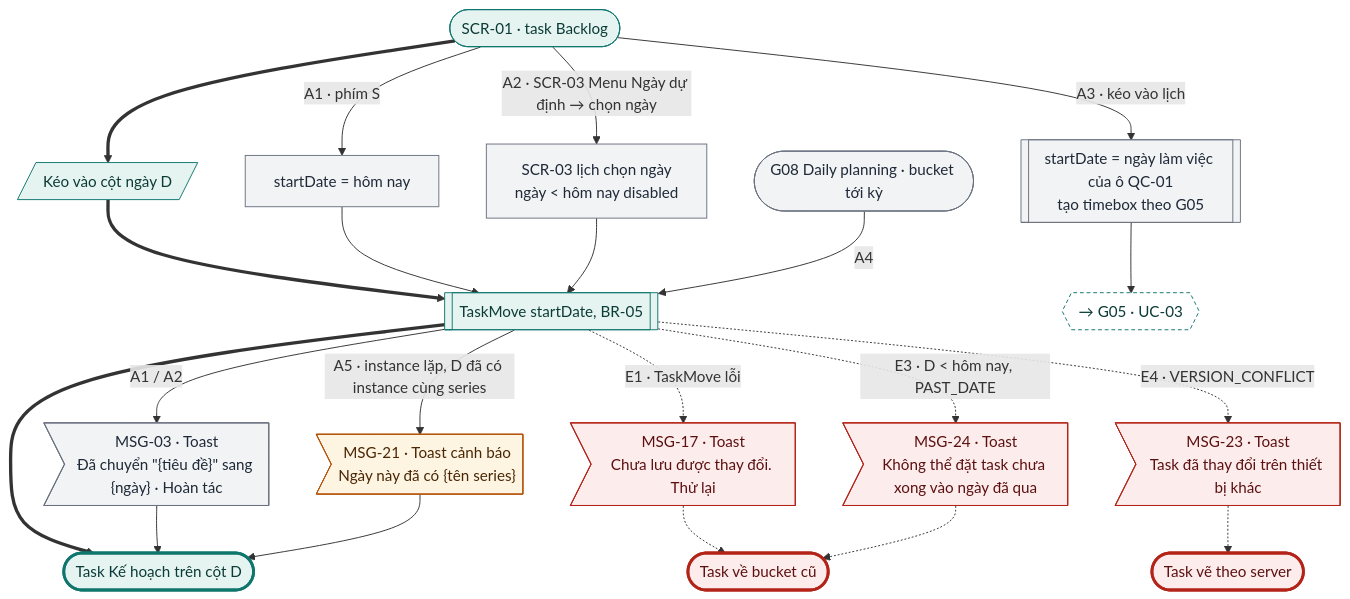
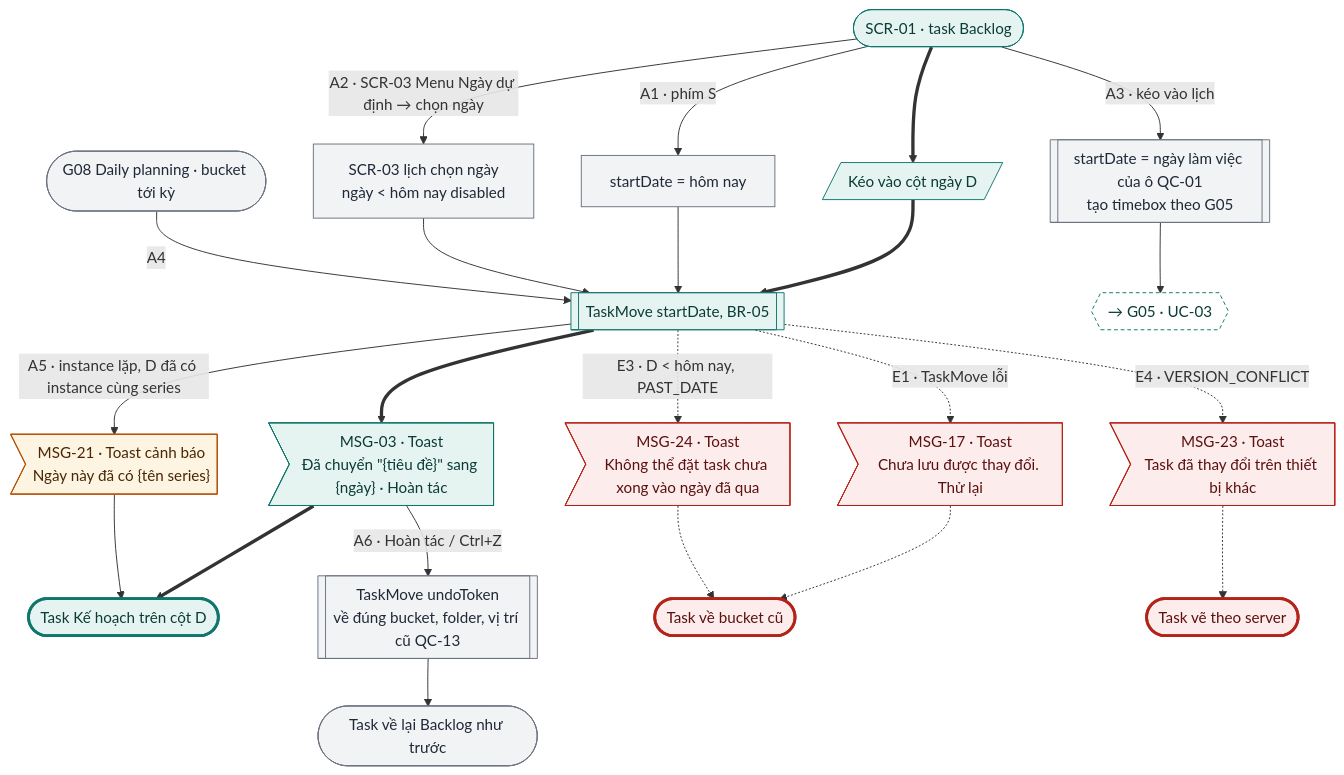
Before and after one commit to tannguyenho/personal-app: the eighth of 18 diagrams in docs/design-brief/flow/g06-backlog-rollover.md, drawn with Mermaid. The commit also changed other lines of this file and 5 other files, not shown here.

First line of the commit message:
docs(G03, G06): áp quyết định PO 09/11 vào SRS, PRD, flow

````diff
--- a/docs/design-brief/flow/g06-backlog-rollover.md
+++ b/docs/design-brief/flow/g06-backlog-rollover.md
@@ -297,44 +301,45 @@
 ```mermaid
 flowchart TD
   start(["SCR-01 · task Backlog"])
   u1[/"Kéo vào cột ngày D"/]
   p1[["TaskMove startDate, BR-05"]]
+  m3>"MSG-03 · Toast<br/>Đã chuyển #quot;{tiêu đề}#quot; sang {ngày} · Hoàn tác"]
   ok(["Task Kế hoạch trên cột D"])
-  start ==> u1 ==> p1 ==> ok
+  start ==> u1 ==> p1 ==> m3 ==> ok
 
   start -->|"A1 · phím S"| a1["startDate = hôm nay"]
   start -->|"A2 · SCR-03 Menu Ngày dự định → chọn ngày"| a2["SCR-03 lịch chọn ngày<br/>ngày < hôm nay disabled"]
   a1 --> p1
   a2 --> p1
-  p1 -->|"A1 / A2"| m3>"MSG-03 · Toast<br/>Đã chuyển #quot;{tiêu đề}#quot; sang {ngày} · Hoàn tác"]
-  m3 --> ok
+  m3 -->|"A6 · Hoàn tác / Ctrl+Z"| a6[["TaskMove undoToken<br/>về đúng bucket, folder, vị trí cũ QC-13"]]
+  a6 --> a6e(["Task về lại Backlog như trước"])
   start -->|"A3 · kéo vào lịch"| a3[["startDate = ngày làm việc của ô QC-01<br/>tạo timebox theo G05"]]
   a3 --> a3x{{"→ G05 · UC-03"}}
   a4s(["G08 Daily planning · bucket tới kỳ"]) -->|"A4"| p1
   p1 -->|"A5 · instance lặp, D đã có instance cùng series"| a5m>"MSG-21 · Toast cảnh báo<br/>Ngày này đã có {tên series}"]
   a5m --> ok
 
   p1 -.->|"E1 · TaskMove lỗi"| e1m>"MSG-17 · Toast<br/>Chưa lưu được thay đổi. Thử lại"]
   p1 -.->|"E3 · D < hôm nay, PAST_DATE"| e3m>"MSG-24 · Toast<br/>Không thể đặt task chưa xong vào ngày đã qua"]
   e1m -.-> fail(["Task về bucket cũ"])
   e3m -.-> fail
   p1 -.->|"E4 · VERSION_CONFLICT"| e4m>"MSG-23 · Toast<br/>Task đã thay đổi trên thiết bị khác"]
   e4m -.-> e4(["Task vẽ theo server"])
 
-  class start,u1,p1 happy
-  class a1,a2,m3,a3,a4s alt
+  class start,u1,p1,m3 happy
+  class a1,a2,a3,a4s,a6,a6e alt
   class a5m warn
   class a3x link
   class e1m,e3m,e4m err
   class ok done
   class fail,e4 fail
   classDef happy fill:#E6F4F1,stroke:#0F766E,color:#0B3B36
   classDef alt fill:#F1F3F5,stroke:#6B7280,color:#1F2937
   classDef err fill:#FDECEC,stroke:#B42318,color:#5C1010
   classDef warn fill:#FEF4E2,stroke:#B45309,color:#4A2604
   classDef ai fill:#F1ECFD,stroke:#6D28D9,color:#2E1065
   classDef sync fill:#FFFFFF,stroke:#6B7280,stroke-dasharray:4 3,color:#1F2937
   classDef link fill:#FFFFFF,stroke:#0F766E,stroke-dasharray:4 3,color:#0B3B36
   classDef done fill:#E6F4F1,stroke:#0F766E,stroke-width:3px,color:#0B3B36
   classDef fail fill:#FDECEC,stroke:#B42318,stroke-width:3px,color:#5C1010
 ```
````
